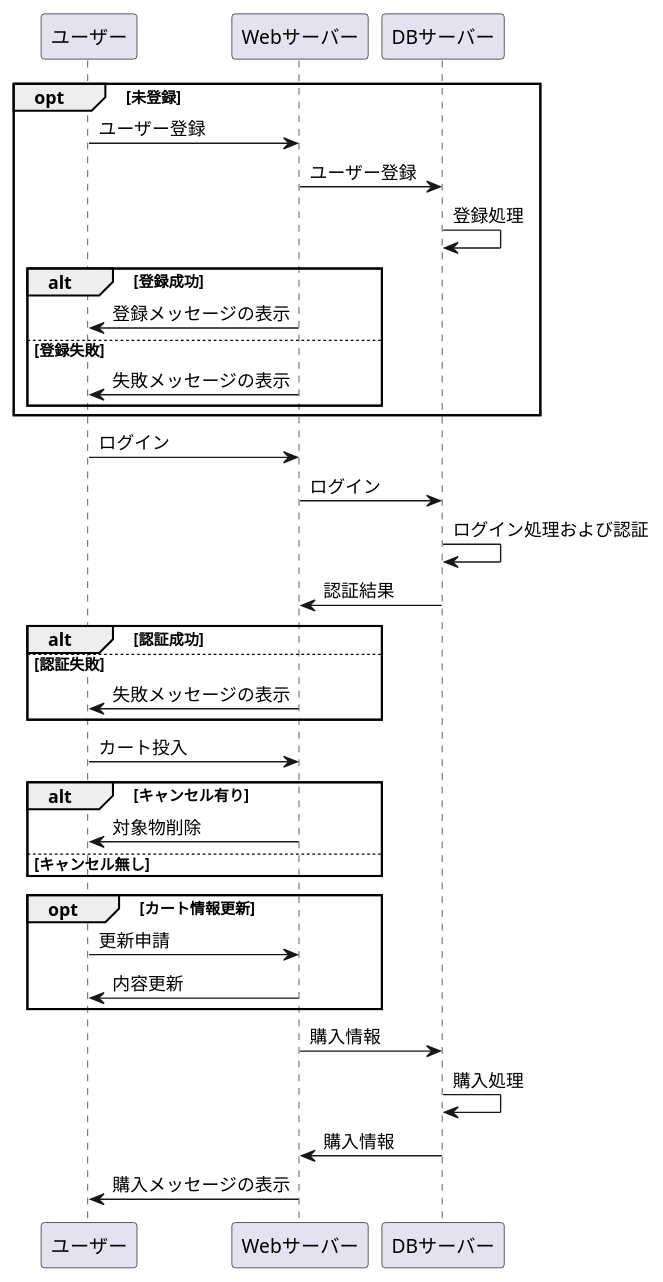
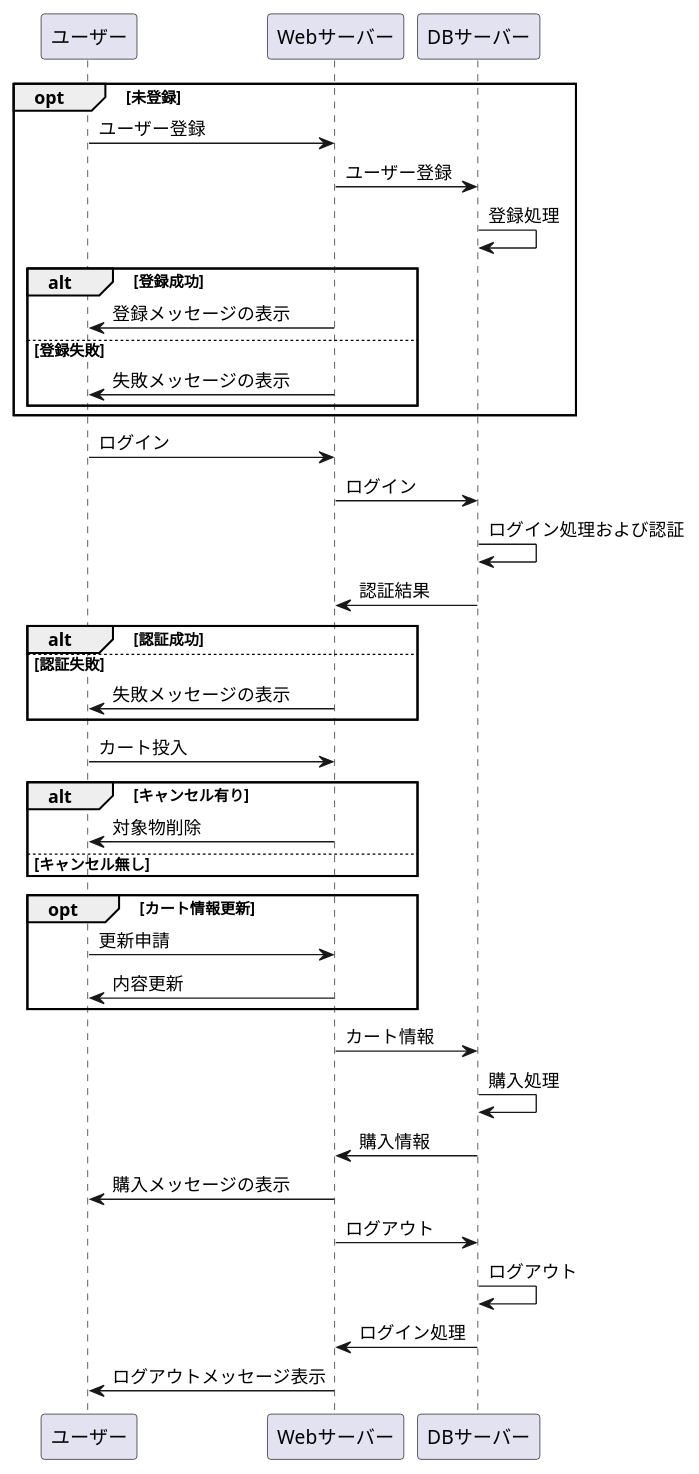
Before and after one commit to Aso2001374/2021sys-design: the diagram in 0511kadai.md, drawn with PlantUML.

````diff
--- a/0511kadai.md
+++ b/0511kadai.md
@@ -1,50 +1,55 @@
 ```uml
 @startuml
 
 opt 未登録
 
 ユーザー -> Webサーバー:ユーザー登録
 Webサーバー -> DBサーバー:ユーザー登録
 DBサーバー -> DBサーバー:登録処理
 
   alt 登録成功
     Webサーバー ->ユーザー:登録メッセージの表示
   else 登録失敗
     Webサーバー ->ユーザー:失敗メッセージの表示
   end
   
 end
 
 ユーザー -> Webサーバー:ログイン
 Webサーバー -> DBサーバー:ログイン
 DBサーバー -> DBサーバー:ログイン処理および認証
 DBサーバー -> Webサーバー:認証結果
 
   alt 認証成功
     else 認証失敗
     Webサーバー ->ユーザー:失敗メッセージの表示
   end
     
 
 ユーザー -> Webサーバー:カート投入
 
   
   alt キャンセル有り
       Webサーバー ->ユーザー:対象物削除
     else キャンセル無し
   end
   
   opt カート情報更新
       ユーザー -> Webサーバー:更新申請
       Webサーバー ->ユーザー:内容更新
   end
   
-Webサーバー -> DBサーバー:購入情報
+Webサーバー -> DBサーバー:カート情報
 DBサーバー -> DBサーバー:購入処理
 DBサーバー -> Webサーバー:購入情報
 Webサーバー ->ユーザー:購入メッセージの表示
+
+Webサーバー -> DBサーバー:ログアウト
+DBサーバー -> DBサーバー:ログアウト
+DBサーバー -> Webサーバー:ログイン処理
+Webサーバー ->ユーザー:ログアウトメッセージ表示
   
   
 
 @enduml
 ```
````
